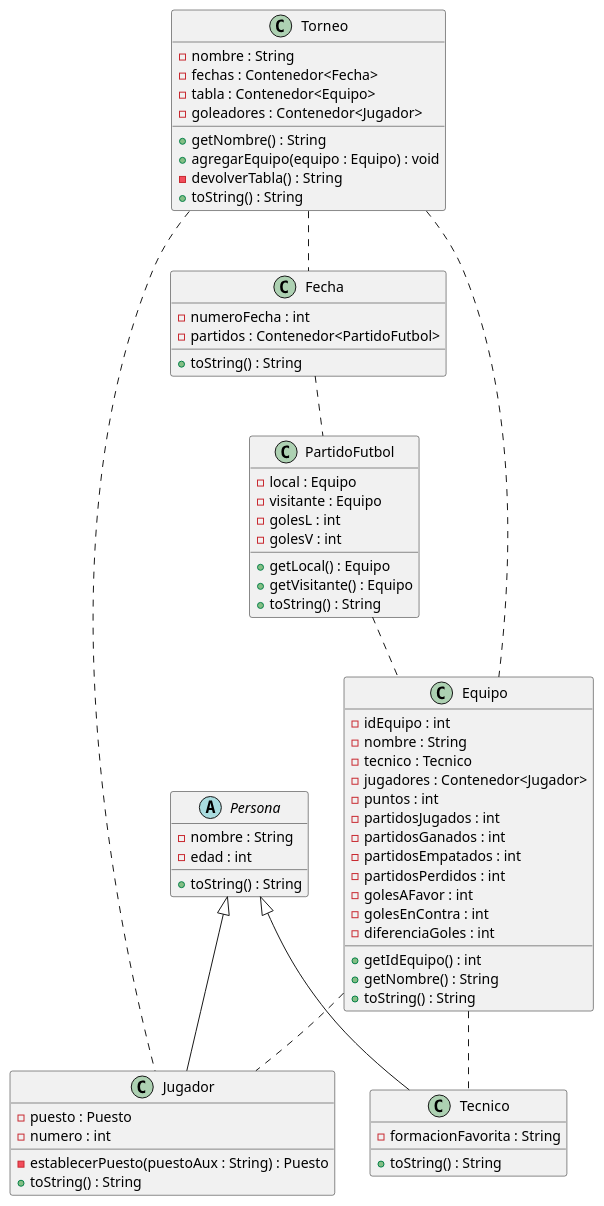
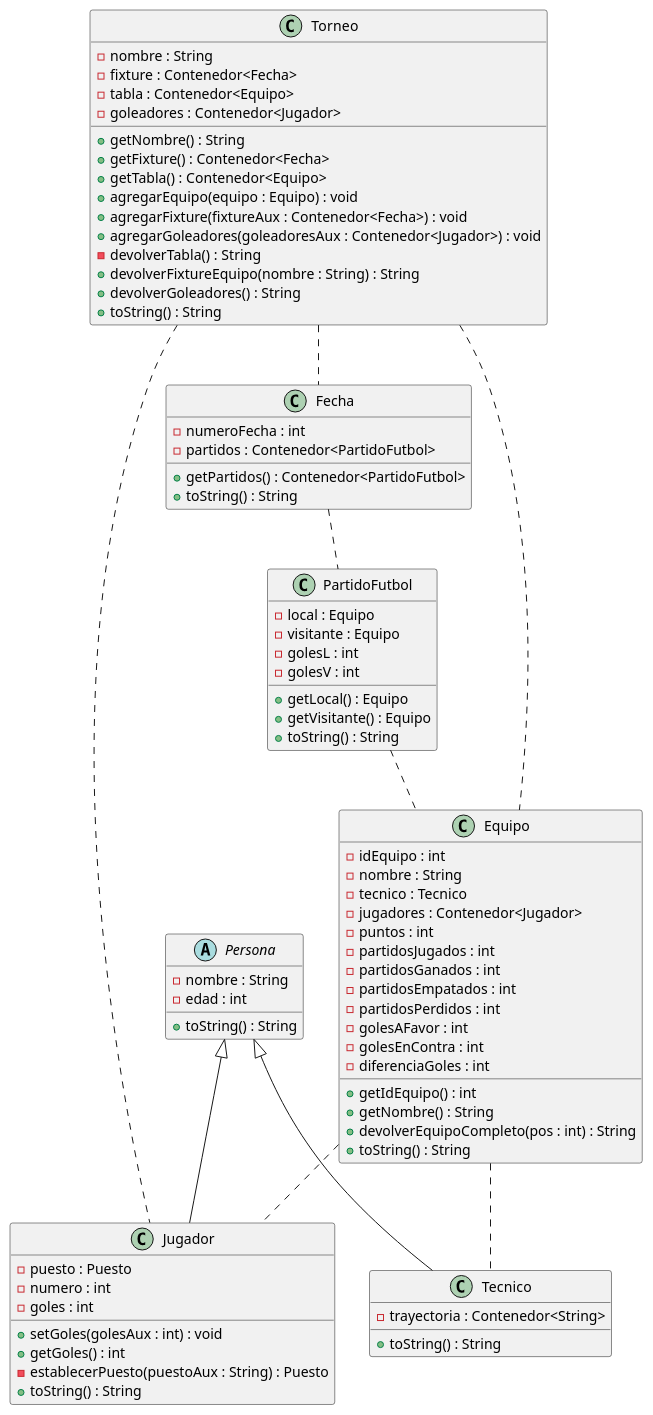
One commit to agustinrojass/appTorneo changed the diagram in src/classDiagram.puml. Above: the diagram before and after it, drawn with PlantUML. The commit also changed 49 other files, not shown here.

```diff
--- a/src/classDiagram.puml
+++ b/src/classDiagram.puml
@@ -1,65 +1,76 @@
 @startuml
 Torneo -. Fecha
 Torneo -. Equipo
 Torneo -. Jugador
 Fecha -. PartidoFutbol
 PartidoFutbol -. Equipo
 Equipo -. Jugador
 Equipo -. Tecnico
 class Torneo {
     - nombre : String
-    - fechas : Contenedor<Fecha>
+    - fixture : Contenedor<Fecha>
     - tabla : Contenedor<Equipo>
     - goleadores : Contenedor<Jugador>
     + getNombre() : String
+    + getFixture() : Contenedor<Fecha>
+    + getTabla() : Contenedor<Equipo>
     + agregarEquipo(equipo : Equipo) : void
+    + agregarFixture(fixtureAux : Contenedor<Fecha>) : void
+    + agregarGoleadores(goleadoresAux : Contenedor<Jugador>) : void
     - devolverTabla() : String
+    + devolverFixtureEquipo(nombre : String) : String
+    + devolverGoleadores() : String
     + toString() : String
 }
 class Fecha {
     - numeroFecha : int
     - partidos : Contenedor<PartidoFutbol>
+    + getPartidos() : Contenedor<PartidoFutbol>
     + toString() : String
 }
 class PartidoFutbol {
     - local : Equipo
     - visitante : Equipo
     - golesL : int
     - golesV : int
     + getLocal() : Equipo
     + getVisitante() : Equipo
     + toString() : String
 }
 class Equipo {
     - idEquipo : int
     - nombre : String
     - tecnico : Tecnico
     - jugadores : Contenedor<Jugador>
     - puntos : int
     - partidosJugados : int
     - partidosGanados : int
     - partidosEmpatados : int
     - partidosPerdidos : int
     - golesAFavor : int
     - golesEnContra : int
     - diferenciaGoles : int
     + getIdEquipo() : int
     + getNombre() : String
+    + devolverEquipoCompleto(pos : int) : String
     + toString() : String
 }
 abstract class Persona {
     - nombre : String
     - edad : int
     + toString() : String
 }
 class Jugador extends Persona {
     - puesto : Puesto
     - numero : int
+    - goles : int
+    + setGoles(golesAux : int) : void
+    + getGoles() : int
     - establecerPuesto(puestoAux : String) : Puesto
     + toString() : String
 }
 class Tecnico extends Persona {
-    - formacionFavorita : String
+    - trayectoria : Contenedor<String>
     + toString() : String
 }
 @enduml
```
